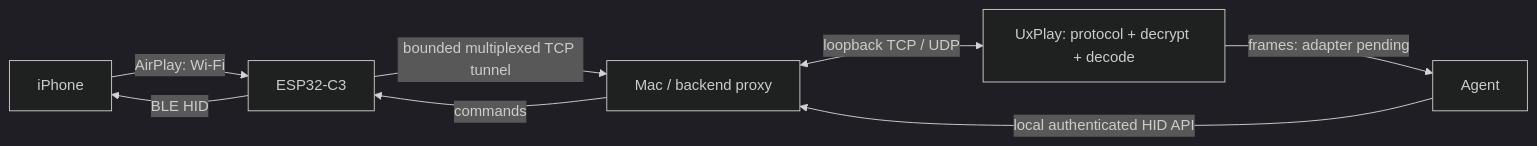
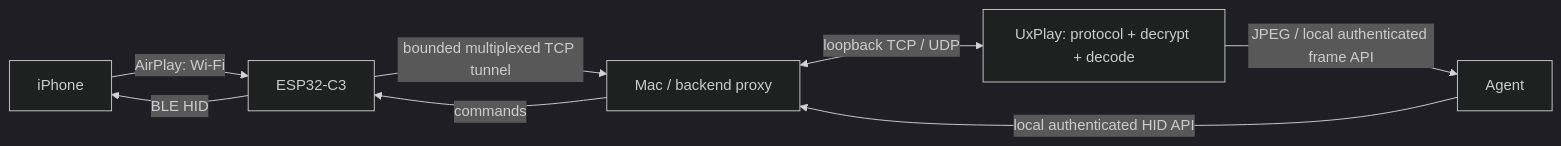
Before and after one commit to ZhaoYangGG/c3-airbridge: the diagram in README.md, drawn with Mermaid (dark theme). The commit also changed other lines of this file and 9 other files, not shown here.

````diff
--- a/README.md
+++ b/README.md
@@ -9,10 +9,10 @@
 ```mermaid
 flowchart LR
     I[iPhone] -->|AirPlay: Wi-Fi| C[ESP32-C3]
     C -->|bounded multiplexed TCP tunnel| B[Mac / backend proxy]
     B <-->|loopback TCP / UDP| U[UxPlay: protocol + decrypt + decode]
-    U -->|frames: adapter pending| A[Agent]
+    U -->|JPEG / local authenticated frame API| A[Agent]
     A -->|local authenticated HID API| B
     B -->|commands| C
     C -->|BLE HID| I
 ```
````
